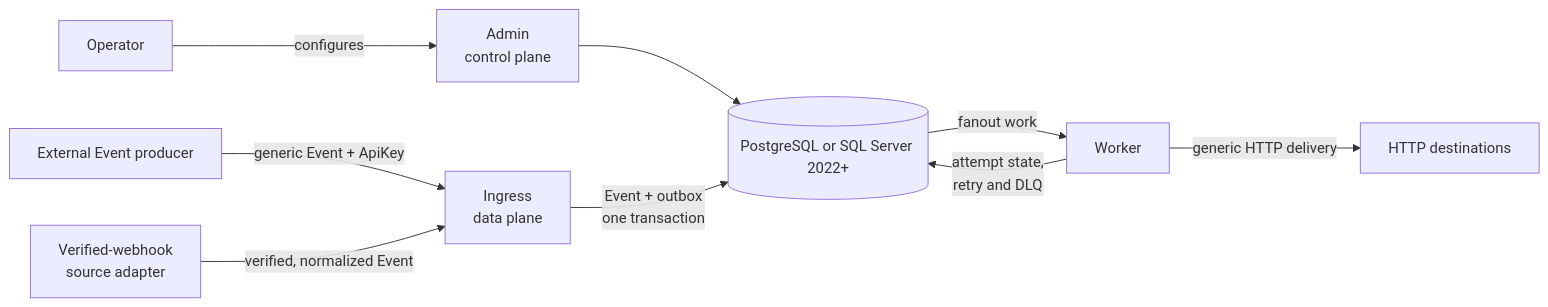
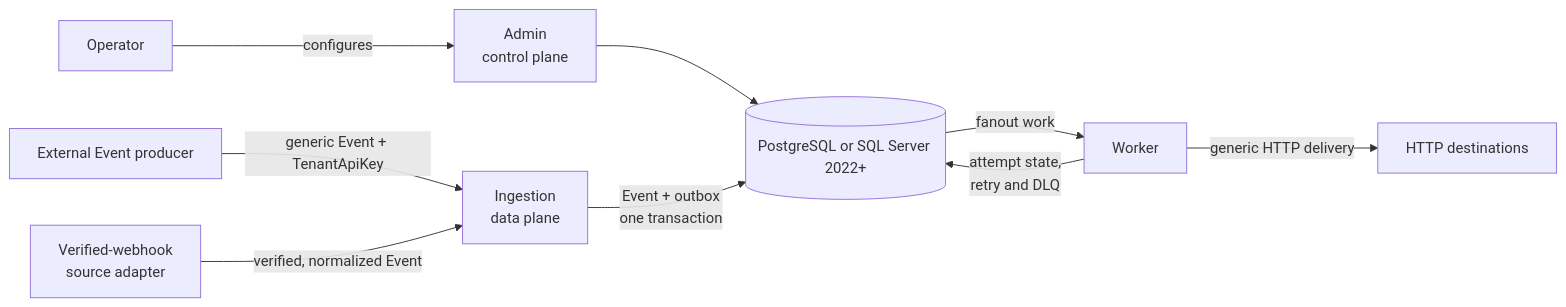
One commit to arminzou/integrios changed the diagram in docs/architecture.md. Above: the diagram before and after it, drawn with Mermaid. The commit also changed other lines of this file and 173 other files, not shown here.

````diff
--- a/docs/architecture.md
+++ b/docs/architecture.md
@@ -16,11 +16,11 @@
 ```mermaid
 flowchart LR
     Operator[Operator] -->|configures| Admin[Admin<br/>control plane]
-    Producer[External Event producer] -->|generic Event + ApiKey| Ingress[Ingress<br/>data plane]
-    Adapter[Verified-webhook<br/>source adapter] -->|verified, normalized Event| Ingress
+    Producer[External Event producer] -->|generic Event + TenantApiKey| Ingestion[Ingestion<br/>data plane]
+    Adapter[Verified-webhook<br/>source adapter] -->|verified, normalized Event| Ingestion
     Admin --> DB[(PostgreSQL or SQL Server 2022+)]
-    Ingress -->|Event + outbox<br/>one transaction| DB
+    Ingestion -->|Event + outbox<br/>one transaction| DB
     DB -->|fanout work| Worker[Worker]
     Worker -->|generic HTTP delivery| Destinations[HTTP destinations]
     Worker -->|attempt state,<br/>retry and DLQ| DB
 ```
````
